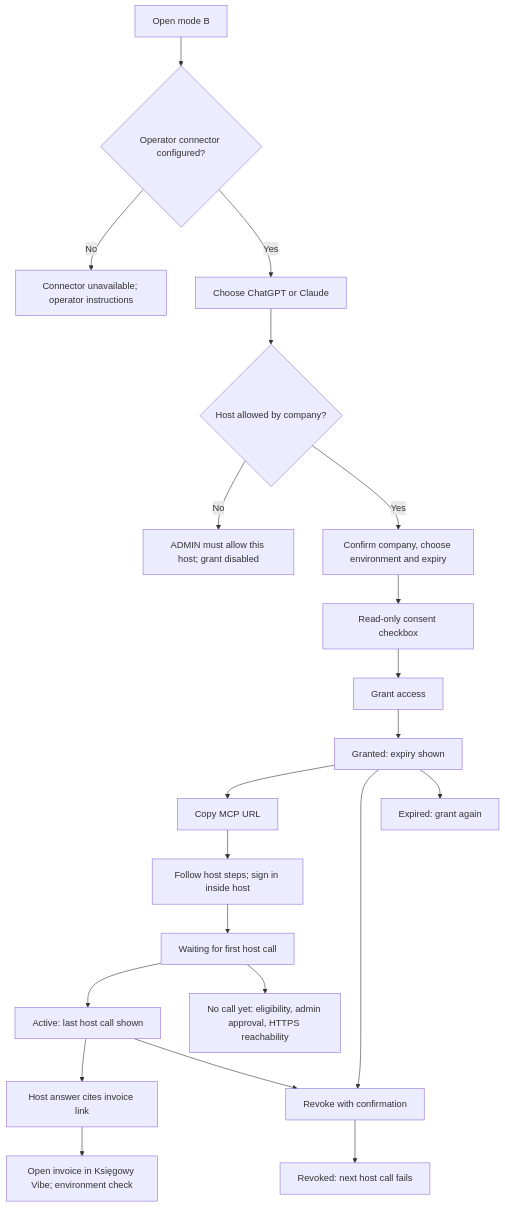
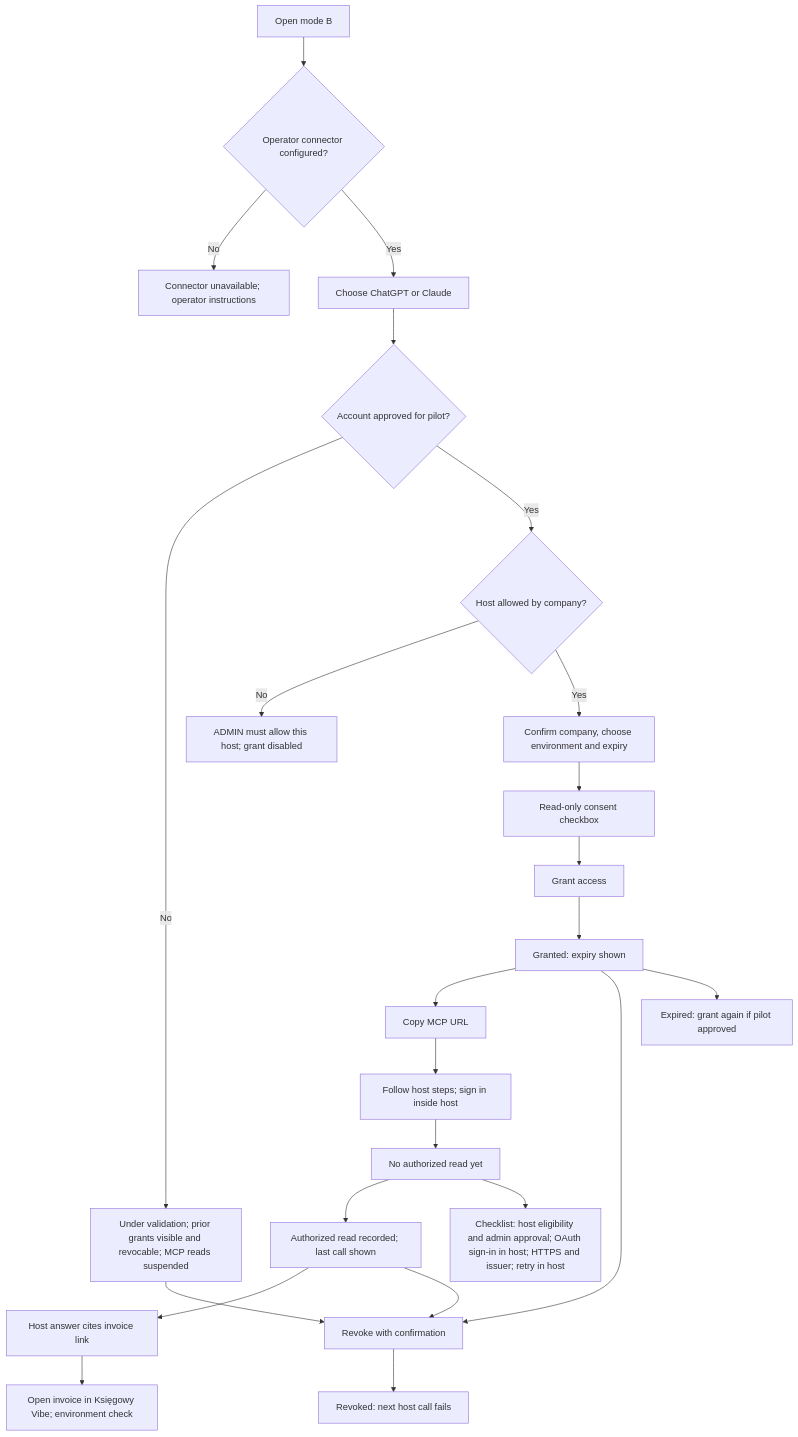
Before and after one commit to DriveToTech/ksiegowy-vibe: the fourth of 10 diagrams in docs/specs/tax-advisor-connection-ux.md, drawn with Mermaid. The commit also changed other lines of this file and 10 other files, not shown here.

````diff
--- a/docs/specs/tax-advisor-connection-ux.md
+++ b/docs/specs/tax-advisor-connection-ux.md
@@ -302,23 +329,26 @@
 ```mermaid
 flowchart TD
   Open[Open mode B] --> Endpoint{Operator connector configured?}
   Endpoint -- No --> Unavailable[Connector unavailable; operator instructions]
   Endpoint -- Yes --> Host[Choose ChatGPT or Claude]
-  Host --> Policy{Host allowed by company?}
+  Host --> Pilot{Account approved for pilot?}
+  Pilot -- No --> Restricted[Under validation; prior grants visible and revocable; MCP reads suspended]
+  Pilot -- Yes --> Policy{Host allowed by company?}
   Policy -- No --> AdminAsk[ADMIN must allow this host; grant disabled]
   Policy -- Yes --> Scope[Confirm company, choose environment and expiry]
   Scope --> Consent[Read-only consent checkbox]
   Consent --> GrantAction[Grant access]
   GrantAction --> Granted[Granted: expiry shown]
   Granted --> Copy[Copy MCP URL]
   Copy --> HostSteps[Follow host steps; sign in inside host]
-  HostSteps --> Waiting[Waiting for first host call]
-  Waiting --> Active[Active: last host call shown]
-  Waiting --> Troubleshoot[No call yet: eligibility, admin approval, HTTPS reachability]
+  HostSteps --> Waiting[No authorized read yet]
+  Waiting --> Active[Authorized read recorded; last call shown]
+  Waiting --> Troubleshoot[Checklist: host eligibility and admin approval; OAuth sign-in in host; HTTPS and issuer; retry in host]
   Active --> Cite[Host answer cites invoice link]
   Cite --> Return[Open invoice in Księgowy Vibe; environment check]
   Granted --> Revoke[Revoke with confirmation]
   Active --> Revoke
+  Restricted --> Revoke
   Revoke --> Revoked[Revoked: next host call fails]
-  Granted --> Expired[Expired: grant again]
+  Granted --> Expired[Expired: grant again if pilot approved]
 ```
````
